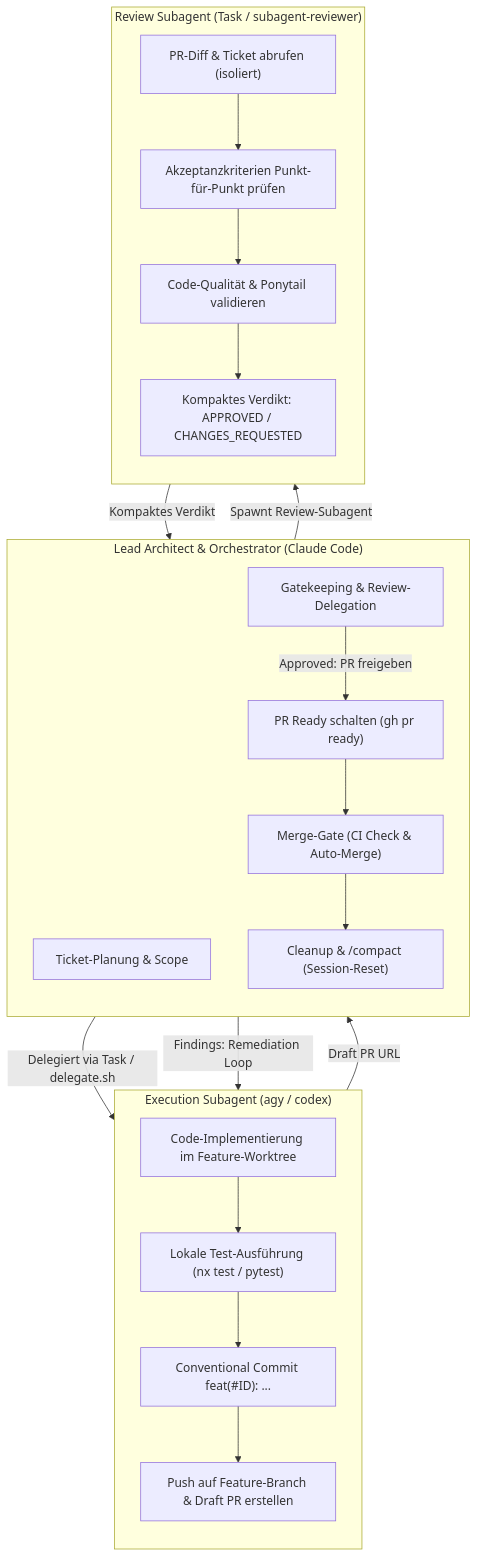
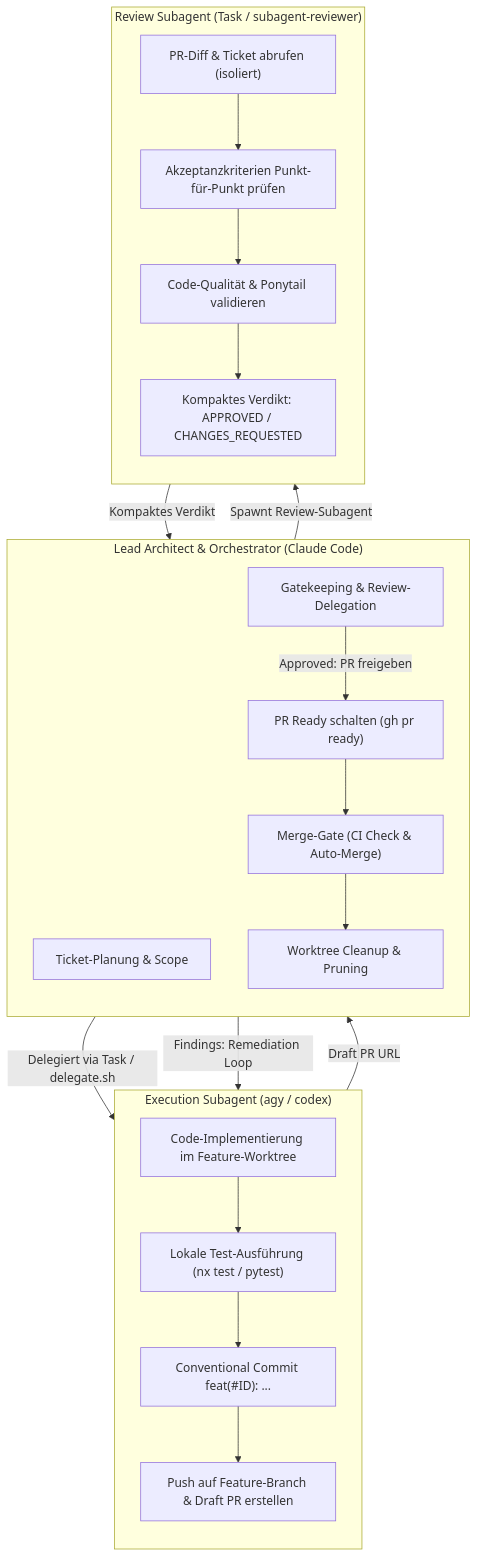
One commit to tihofman/agent-hq changed the diagram in docs/concepts/orchestrator-skill.md. Above: the diagram before and after it, drawn with Mermaid. The commit also changed other lines of this file, not shown here.

Commit message:
docs: remove automated /compact step to prevent orchestrator interruption

````diff
--- a/docs/concepts/orchestrator-skill.md
+++ b/docs/concepts/orchestrator-skill.md
@@ -23,38 +23,38 @@
 ```mermaid
 flowchart TD
     subgraph Lead ["Lead Architect & Orchestrator (Claude Code)"]
         direction TB
         L1["Ticket-Planung & Scope"]
         L2["Gatekeeping & Review-Delegation"]
         L3["PR Ready schalten (gh pr ready)"]
         L4["Merge-Gate (CI Check & Auto-Merge)"]
-        L5["Cleanup & /compact (Session-Reset)"]
+        L5["Worktree Cleanup & Pruning"]
     end
 
     subgraph Worker ["Execution Subagent (agy / codex)"]
         direction TB
         W1["Code-Implementierung im Feature-Worktree"]
         W2["Lokale Test-Ausführung (nx test / pytest)"]
         W3["Conventional Commit feat(#ID): ..."]
         W4["Push auf Feature-Branch & Draft PR erstellen"]
     end
 
     subgraph Reviewer ["Review Subagent (Task / subagent-reviewer)"]
         direction TB
         R1["PR-Diff & Ticket abrufen (isoliert)"]
         R2["Akzeptanzkriterien Punkt-für-Punkt prüfen"]
         R3["Code-Qualität & Ponytail validieren"]
         R4["Kompaktes Verdikt: APPROVED / CHANGES_REQUESTED"]
     end
 
     L1 -->|Delegiert via Task / delegate.sh| W1
     W1 --> W2 --> W3 --> W4
     W4 -->|Draft PR URL| L2
     L2 -->|Spawnt Review-Subagent| R1
     R1 --> R2 --> R3 --> R4
     R4 -->|Kompaktes Verdikt| L2
     L2 -->|Findings: Remediation Loop| W1
     L2 -->|Approved: PR freigeben| L3
     L3 --> L4
     L4 --> L5
 ```
````
